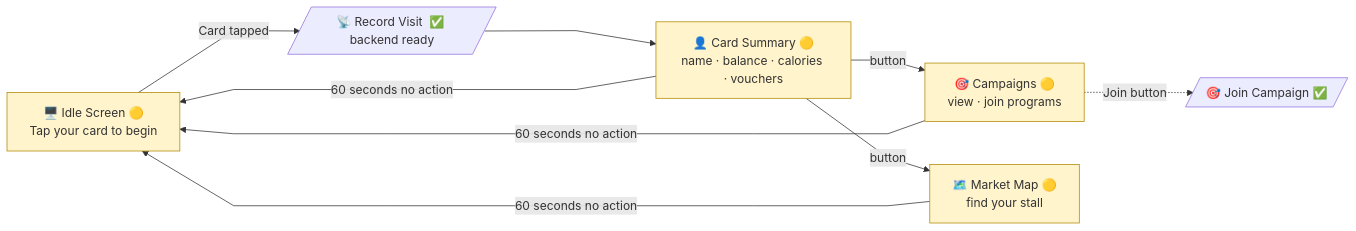
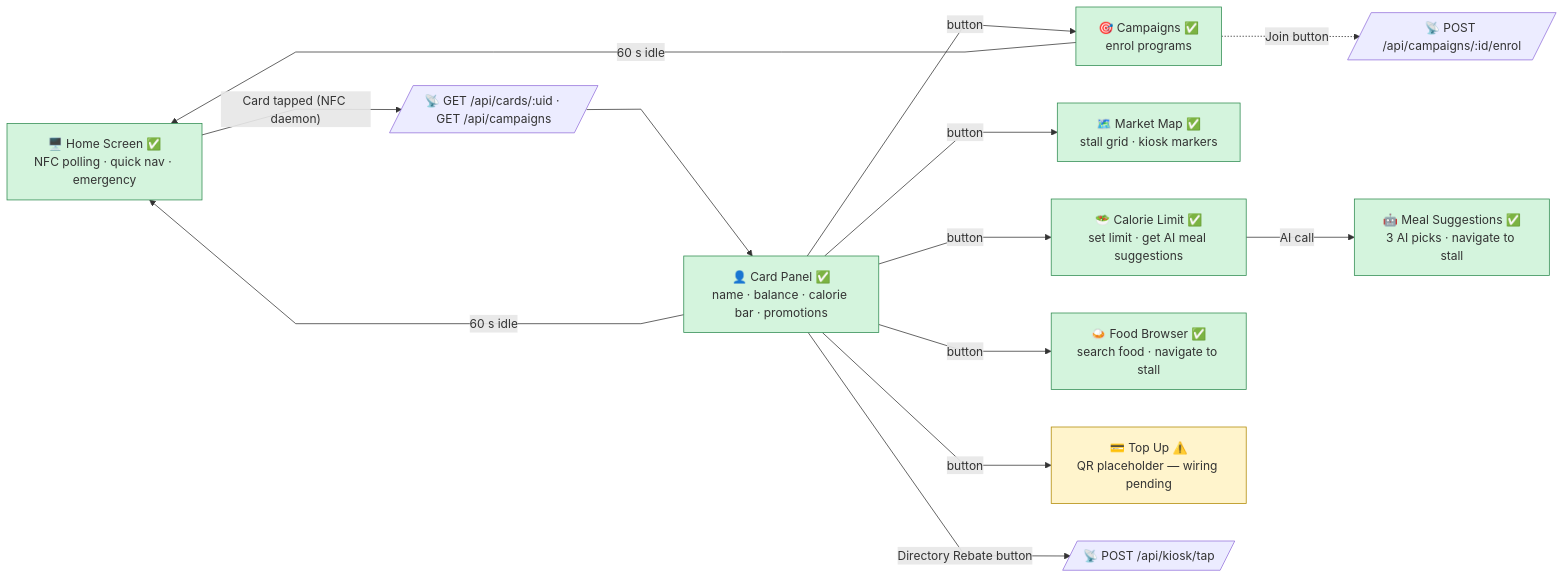
Before and after one commit to GILZ3103/claude_project: the fifth of 12 diagrams in MASTER_v2_refined.md, drawn with Mermaid. The commit also changed other lines of this file and 1 other file, not shown here.

Commit message:
feat: update kiosk documentation with complete technical details and user journey

````diff
--- a/MASTER_v2_refined.md
+++ b/MASTER_v2_refined.md
@@ -185,18 +190,27 @@
 ```mermaid
 %%{init: {"flowchart": {"curve": "linear"}} }%%
 flowchart LR
-    Idle["🖥️ Idle Screen 🟡\nTap your card to begin"]
-    Idle -->|"Card tapped"| KTap[/"📡 Record Visit  ✅ backend ready"/]
-    KTap --> P2["👤 Card Summary 🟡\nname · balance · calories · vouchers"]
-    P2 -->|button| P3["🎯 Campaigns 🟡\nview · join programs"]
-    P2 -->|button| P4["🗺️ Market Map 🟡\nfind your stall"]
-    P3 -.->|"Join button"| Enrol2[/"🎯 Join Campaign  ✅"/]
-    P2 -->|"60 seconds no action"| Idle
-    P3 -->|"60 seconds no action"| Idle
-    P4 -->|"60 seconds no action"| Idle
+    Home["🖥️ Home Screen ✅\nNFC polling · quick nav · emergency"]
+    Home -->|"Card tapped (NFC daemon)"| NfcTap[/"📡 GET /api/cards/:uid · GET /api/campaigns"/]
+    NfcTap --> Card["👤 Card Panel ✅\nname · balance · calorie bar · promotions"]
+    Card -->|button| Camp["🎯 Campaigns ✅\nenrol programs"]
+    Card -->|button| Map["🗺️ Market Map ✅\nstall grid · kiosk markers"]
+    Card -->|button| Cal["🥗 Calorie Limit ✅\nset limit · get AI meal suggestions"]
+    Card -->|button| Food["🍛 Food Browser ✅\nsearch food · navigate to stall"]
+    Card -->|button| TopUp["💳 Top Up ⚠️\nQR placeholder — wiring pending"]
+    Cal -->|"AI call"| Meal["🤖 Meal Suggestions ✅\n3 AI picks · navigate to stall"]
+    Card -->|"Directory Rebate button"| Rebate[/"📡 POST /api/kiosk/tap"/]
+    Card -->|"60 s idle"| Home
+    Camp -->|"60 s idle"| Home
 
-    style Idle fill:#fff4cc,stroke:#b08800
-    style P2 fill:#fff4cc,stroke:#b08800
-    style P3 fill:#fff4cc,stroke:#b08800
-    style P4 fill:#fff4cc,stroke:#b08800
+    Camp -.->|"Join button"| Enrol[/"📡 POST /api/campaigns/:id/enrol"/]
+
+    style Home fill:#d4f4dd,stroke:#2d8a4f
+    style Card fill:#d4f4dd,stroke:#2d8a4f
+    style Camp fill:#d4f4dd,stroke:#2d8a4f
+    style Map fill:#d4f4dd,stroke:#2d8a4f
+    style Cal fill:#d4f4dd,stroke:#2d8a4f
+    style Food fill:#d4f4dd,stroke:#2d8a4f
+    style Meal fill:#d4f4dd,stroke:#2d8a4f
+    style TopUp fill:#fff4cc,stroke:#b08800
 ```
````
